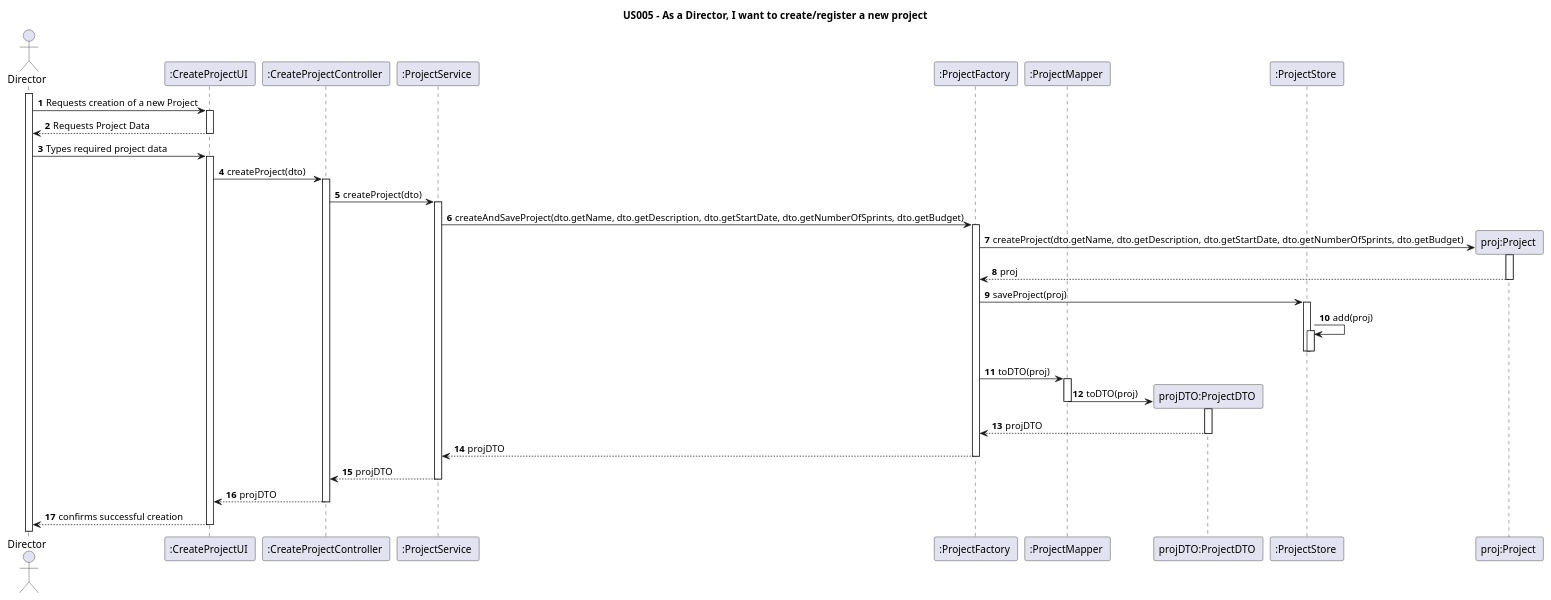
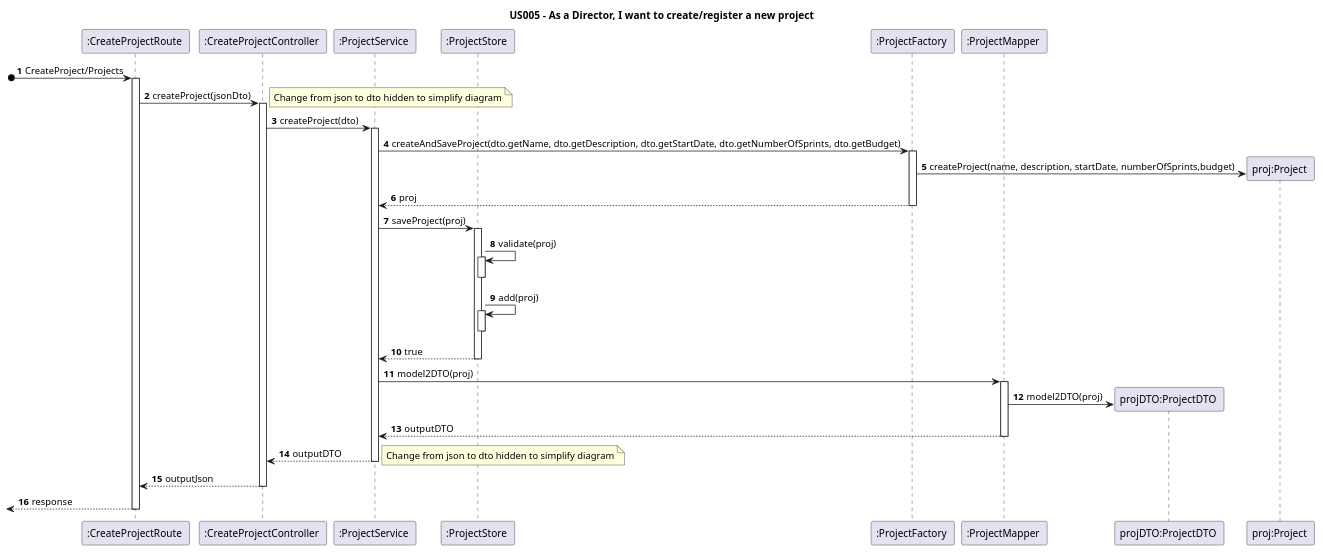
Before and after one commit to nunogon1211787/projectManagement: the diagram in docs/Sprint1/US005/US005-SD.puml, drawn with PlantUML. The commit also changed 93 other files, not shown here.

Commit message:
Refactoring: Refactoring of US005 Create Project. SD, CD and SSD (addresses #147)

```diff
--- a/docs/Sprint1/US005/US005-SD.puml
+++ b/docs/Sprint1/US005/US005-SD.puml
@@ -1,56 +1,58 @@
 @startuml
 'https://plantuml.com/class-diagram
 
 title US005 - As a Director, I want to create/register a new project
 
 autoactivate on
 autonumber
 
-actor "Director" as director
 
-participant ":CreateProjectUI " as ui
+participant ":CreateProjectRoute " as route
 participant ":CreateProjectController " as controller
 participant ":ProjectService " as service
+participant ":ProjectStore " as store
 participant ":ProjectFactory " as factory
 participant ":ProjectMapper " as mapper
 participant "projDTO:ProjectDTO " as dto
-participant ":ProjectStore " as store
 participant "proj:Project " as project
 
-activate director
-director -> ui: Requests creation of a new Project
-ui --> director: Requests Project Data
 
-director -> ui: Types required project data
-ui -> controller: createProject(dto)
+[o->  route: CreateProject/Projects
+route -> controller: createProject(jsonDto)
+
+note right
+Change from json to dto hidden to simplify diagram
+end note
 
 controller -> service: createProject(dto)
 service -> factory: createAndSaveProject(dto.getName, dto.getDescription, dto.getStartDate, dto.getNumberOfSprints, dto.getBudget)
 
-factory -> project**: createProject(dto.getName, dto.getDescription, dto.getStartDate, dto.getNumberOfSprints, dto.getBudget)
-activate project
+factory -> project**: createProject(name, description, startDate, numberOfSprints,budget)
 
-project --> factory: proj
+factory --> service: proj
 
-factory -> store: saveProject(proj)
+service -> store: saveProject(proj)
+store -> store: validate(proj)
+deactivate store
 store -> store: add(proj)
 deactivate store
-deactivate store
 
-factory -> mapper: toDTO(proj)
+store --> service: true
 
-mapper -> dto**: toDTO(proj)
-activate dto
-deactivate mapper
+service -> mapper: model2DTO(proj)
 
-dto --> factory: projDTO
+mapper -> dto**: model2DTO(proj)
 
-factory --> service: projDTO
+mapper --> service: outputDTO
 
-service --> controller: projDTO
+service --> controller: outputDTO
 
-controller --> ui: projDTO
+note right
+Change from json to dto hidden to simplify diagram
+end note
 
-ui --> director: confirms successful creation
+controller --> route: outputJson
+
+[<-- route: response
 
 @enduml
```
